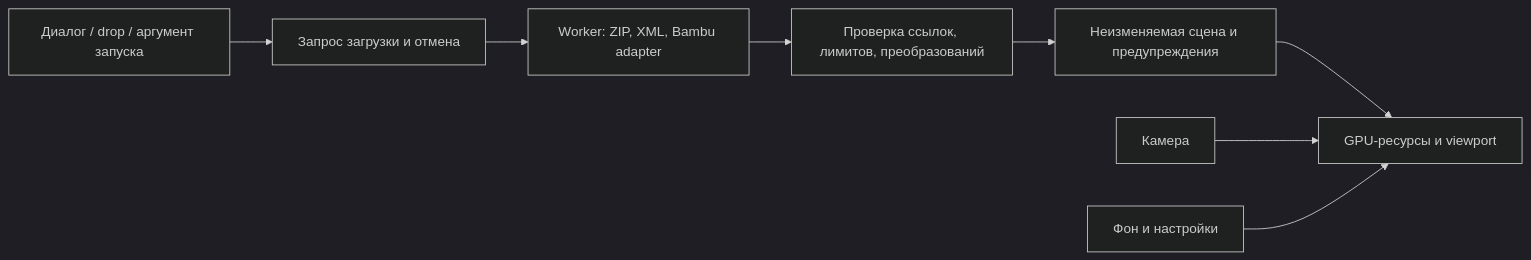
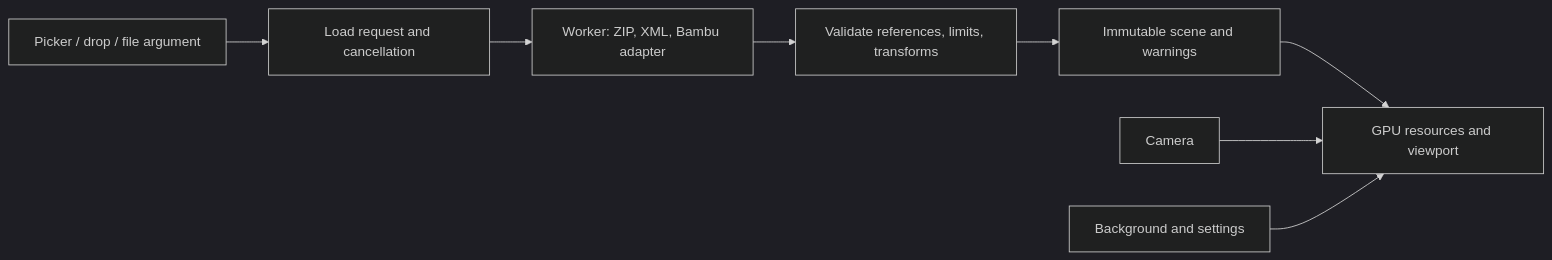
One commit to mpakus/yo3mfs changed the diagram in SPEC.md. Above: the diagram before and after it, drawn with Mermaid (dark theme). The commit also changed other lines of this file and 40 other files, not shown here.

````diff
--- a/SPEC.md
+++ b/SPEC.md
@@ -219,10 +234,10 @@
 ```mermaid
 flowchart LR
-    Open[Диалог / drop / аргумент запуска] --> Request[Запрос загрузки и отмена]
+    Open[Picker / drop / file argument] --> Request[Load request and cancellation]
     Request --> Import[Worker: ZIP, XML, Bambu adapter]
-    Import --> Validate[Проверка ссылок, лимитов, преобразований]
-    Validate --> Scene[Неизменяемая сцена и предупреждения]
-    Scene --> Render[GPU-ресурсы и viewport]
-    Camera[Камера] --> Render
-    Settings[Фон и настройки] --> Render
+    Import --> Validate[Validate references, limits, transforms]
+    Validate --> Scene[Immutable scene and warnings]
+    Scene --> Render[GPU resources and viewport]
+    Camera[Camera] --> Render
+    Settings[Background and settings] --> Render
 ```
````
